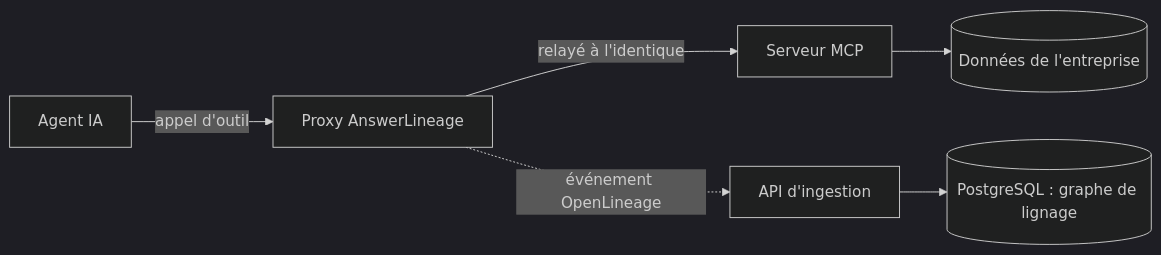
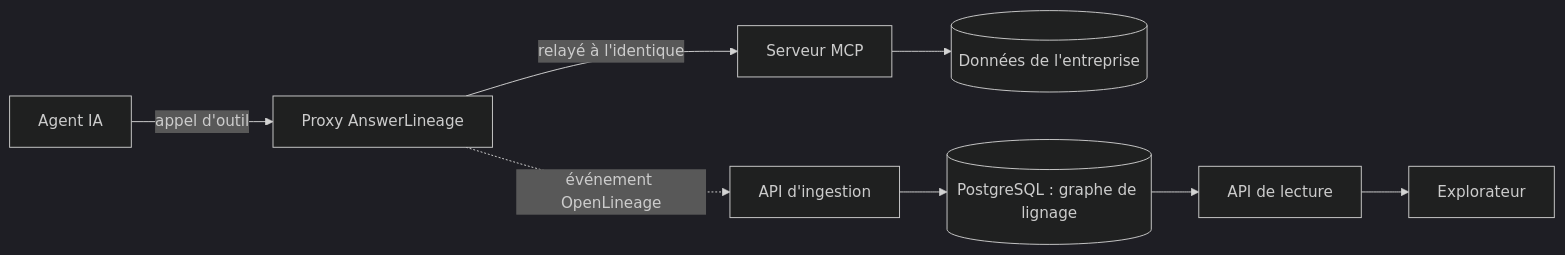
One commit to alebgl77/AnswerLineage changed the diagram in README.md. Above: the diagram before and after it, drawn with Mermaid (dark theme). The commit also changed other lines of this file, not shown here.

Commit message:
docs: le schéma du README va jusqu'à l'explorateur
Le schéma montre maintenant la lecture du graphe et l'explorateur, et le
tableau d'état range ce qui est disponible avant ce qui reste à venir.

Claude-Session: https://claude.ai/code/session_01GPWGPU8msFgLUWGiLK9R1K

````diff
--- a/README.md
+++ b/README.md
@@ -19,8 +19,10 @@
 ```mermaid
 flowchart LR
     agent[Agent IA] -->|appel d'outil| proxy[Proxy AnswerLineage]
     proxy -->|relayé à l'identique| serveur[Serveur MCP]
     serveur --> donnees[(Données de l'entreprise)]
     proxy -.->|événement OpenLineage| api[API d'ingestion]
     api --> graphe[(PostgreSQL : graphe de lignage)]
+    graphe --> lecture[API de lecture]
+    lecture --> explorateur[Explorateur]
 ```
````
